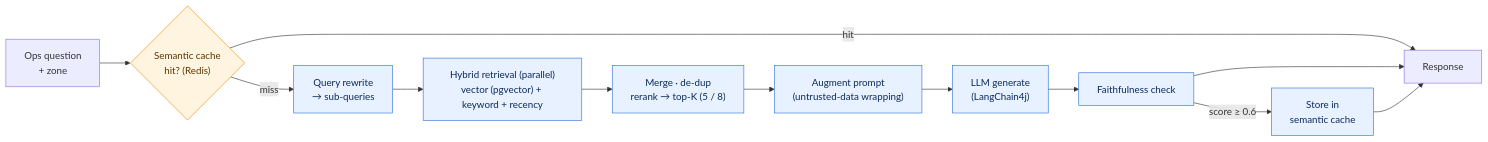
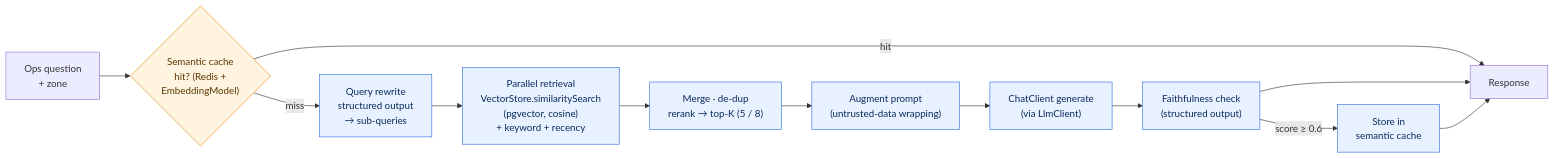
One commit to baluabs6/urban-insights-platform changed the second of 4 diagrams in README.md. Above: the diagram before and after it, drawn with Mermaid. The commit also changed other lines of this file and 35 other files, not shown here.

````diff
--- a/README.md
+++ b/README.md
@@ -79,19 +166,19 @@
 ```mermaid
 flowchart LR
-    Q["Ops question<br/>+ zone"] --> SC{"Semantic cache<br/>hit? (Redis)"}
+    Q["Ops question<br/>+ zone"] --> SC{"Semantic cache<br/>hit? (Redis +<br/>EmbeddingModel)"}
     SC -->|"hit"| R["Response"]
-    SC -->|"miss"| RW["Query rewrite<br/>→ sub-queries"]
-    RW --> RET["Hybrid retrieval (parallel)<br/>vector (pgvector) + keyword + recency"]
+    SC -->|"miss"| RW["Query rewrite<br/>structured output<br/>→ sub-queries"]
+    RW --> RET["Parallel retrieval<br/>VectorStore.similaritySearch<br/>(pgvector, cosine)<br/>+ keyword + recency"]
     RET --> MERGE["Merge · de-dup<br/>rerank → top-K (5 / 8)"]
     MERGE --> AUG["Augment prompt<br/>(untrusted-data wrapping)"]
-    AUG --> LLM["LLM generate<br/>(LangChain4j)"]
-    LLM --> FC["Faithfulness check"]
+    AUG --> LLM["ChatClient generate<br/>(via LlmClient)"]
+    LLM --> FC["Faithfulness check<br/>(structured output)"]
     FC -->|"score ≥ 0.6"| STORE["Store in<br/>semantic cache"]
     FC --> R
     STORE --> R
 
     classDef step fill:#e8f1ff,stroke:#2f6fdb,color:#0b2a5b;
     classDef decision fill:#fff4e0,stroke:#e08a00,color:#5a3600;
     class RW,RET,MERGE,AUG,LLM,FC,STORE step;
     class SC decision;
 ```
````
